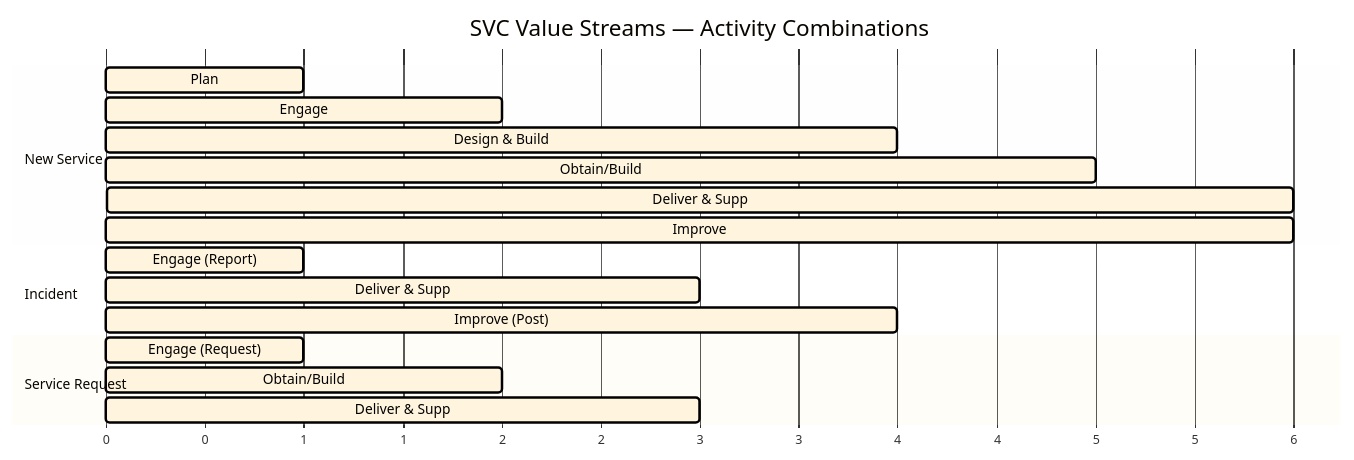
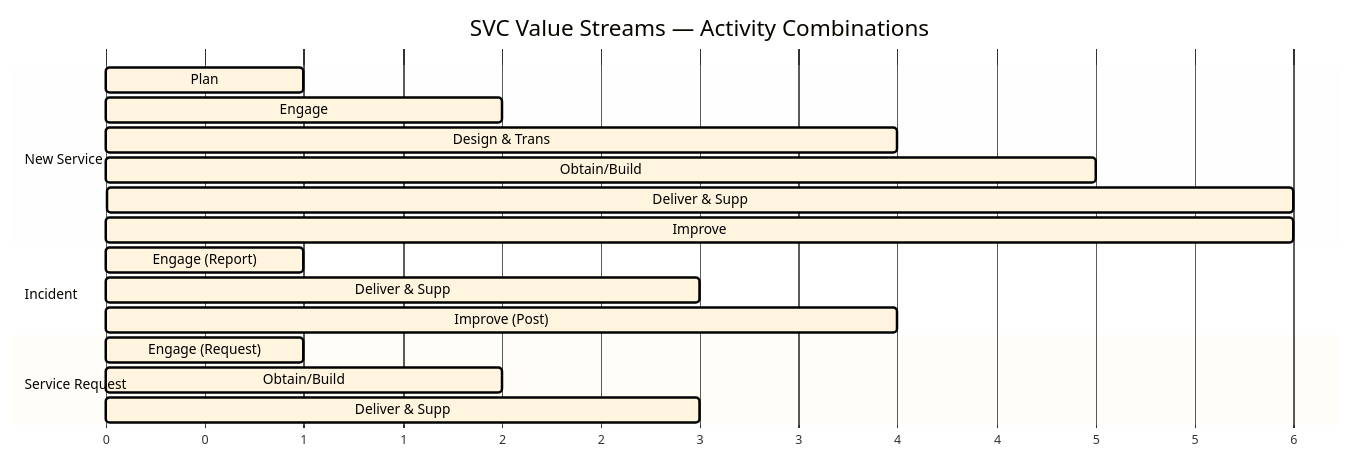
One commit to marcogrimaldi29/itil-4-foundation changed the second of 2 diagrams in 05-service-value-chain.md. Above: the diagram before and after it, drawn with Mermaid.

Commit message:
Fixed Gantt descriptors

````diff
--- a/05-service-value-chain.md
+++ b/05-service-value-chain.md
@@ -173,25 +173,25 @@
 ```mermaid
 %%{init: {'theme': 'base', 'themeVariables': { 'primaryTextColor': '#000', 'primaryBorderColor': '#000', 'gridLineStartPadding': '200', 'fontSize': '14px', 'fontFamily': 'Arial'}, 'gantt': {'numberSectionStyles': 4}}}%%
 gantt
     title SVC Value Streams — Activity Combinations
     dateFormat X
     axisFormat %s
 
     section New Service
     Plan            :a1, 0, 1
     Engage          :a2, 1, 2
-    Design & Build  :a3, 2, 4
+    Design & Trans  :a3, 2, 4
     Obtain/Build    :a4, 3, 5
     Deliver & Supp  :a5, 5, 6
     Improve         :a6, 0, 6
 
     section Incident
     Engage (Report) :b1, 0, 1
     Deliver & Supp  :b2, 1, 3
     Improve (Post)  :b3, 3, 4
 
     section Service Request
     Engage (Request) :c1, 0, 1
     Obtain/Build     :c2, 1, 2
     Deliver & Supp   :c3, 2, 3
 ```
````
